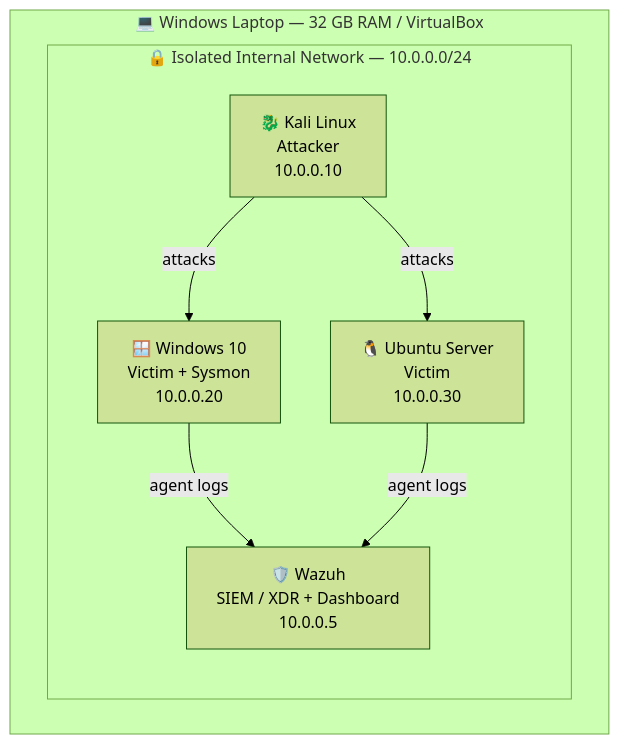
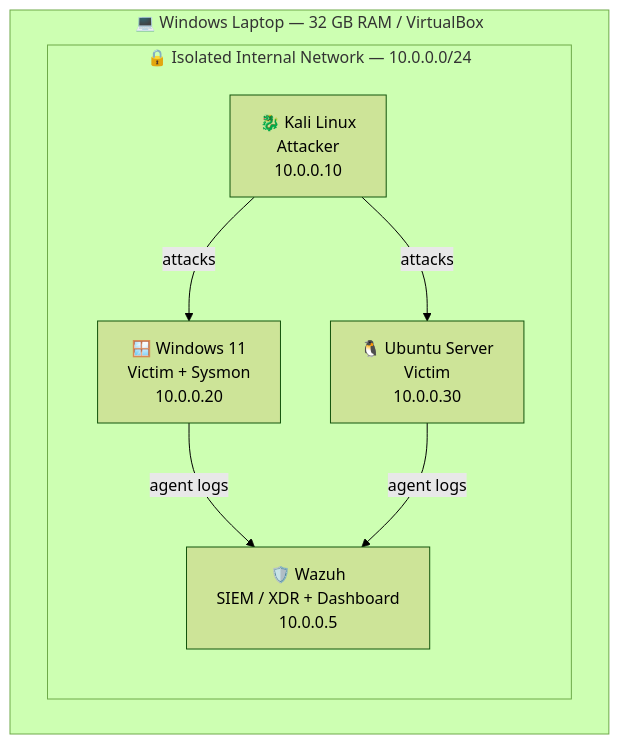
Before and after one commit to AlessioVisconti/Home-SOC-Lab: the first of 2 diagrams in README.md, drawn with Mermaid (forest theme). The commit also changed other lines of this file, not shown here.

Commit message:
Windows 10 > Windows 11

````diff
--- a/README.md
+++ b/README.md
@@ -33,16 +33,16 @@
 ```mermaid
 graph TD
     subgraph HOST["💻 Windows Laptop — 32 GB RAM / VirtualBox"]
         subgraph NET["🔒 Isolated Internal Network — 10.0.0.0/24"]
             KALI["🐉 Kali Linux<br/>Attacker<br/>10.0.0.10"]
-            WIN["🪟 Windows 10<br/>Victim + Sysmon<br/>10.0.0.20"]
+            WIN["🪟 Windows 11<br/>Victim + Sysmon<br/>10.0.0.20"]
             UBU["🐧 Ubuntu Server<br/>Victim<br/>10.0.0.30"]
             WAZUH["🛡️ Wazuh<br/>SIEM / XDR + Dashboard<br/>10.0.0.5"]
         end
     end
  
     KALI -->|attacks| WIN
     KALI -->|attacks| UBU
     WIN  -->|agent logs| WAZUH
     UBU  -->|agent logs| WAZUH
 ```
````
